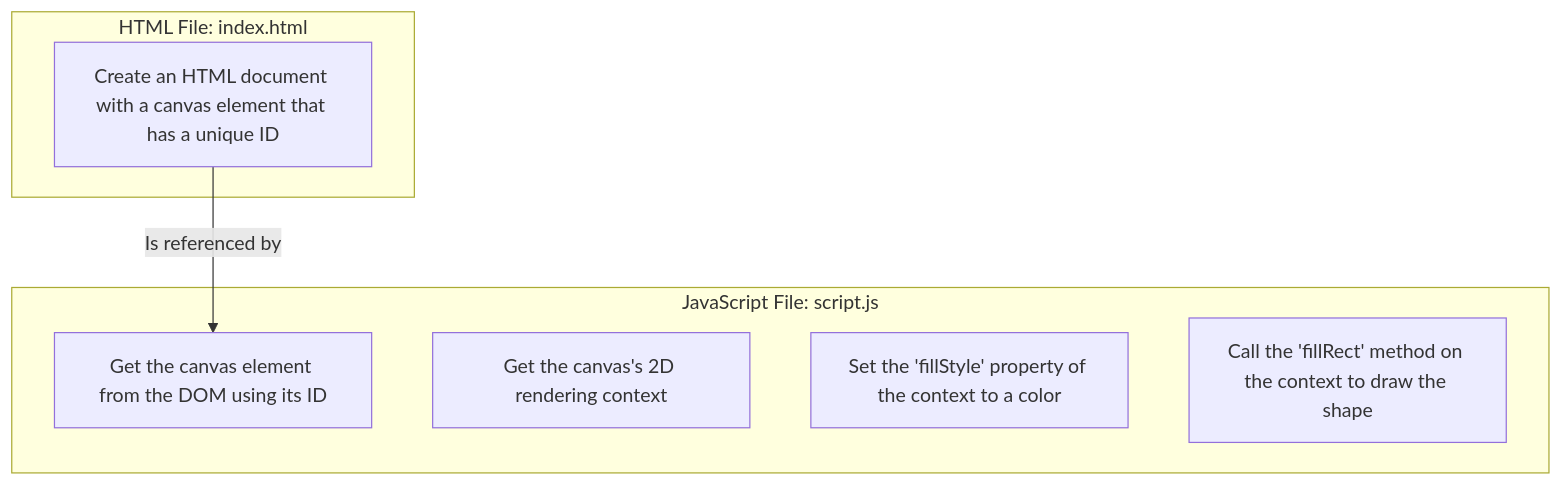
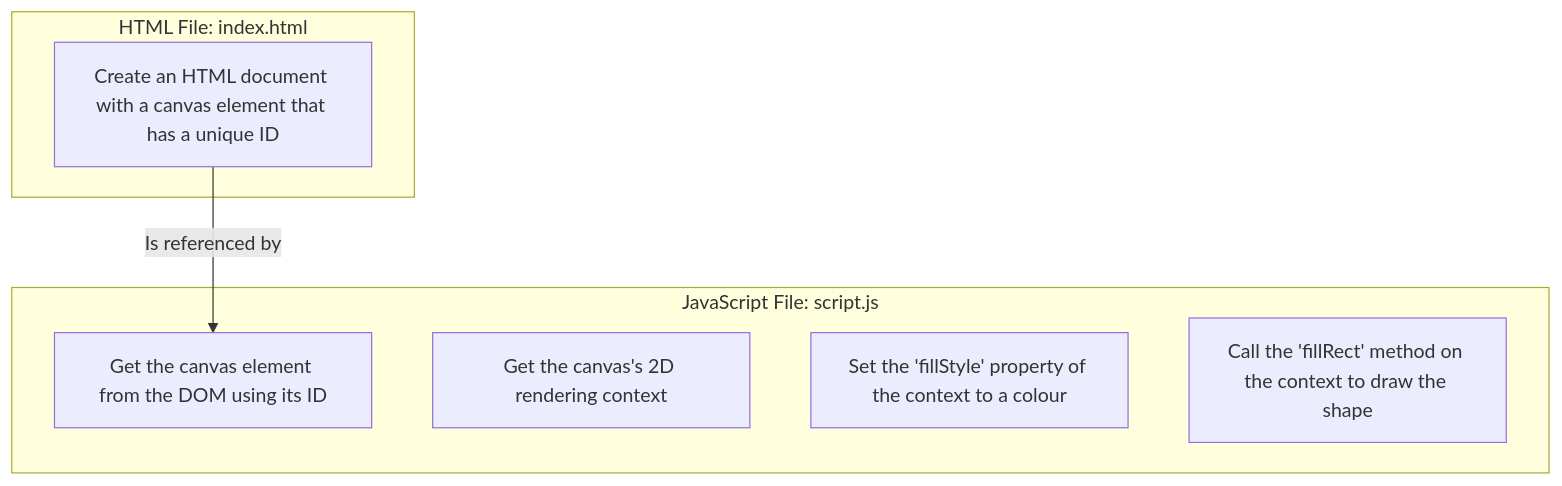
The diagram in docs/02-design-logs/rung-1-drawing-a-2d-shape.md (Tarawally/geometrica), drawn with Mermaid before and after one commit. The commit also changed other lines of this file and 1 other file, not shown here.

````diff
--- a/docs/02-design-logs/rung-1-drawing-a-2d-shape.md
+++ b/docs/02-design-logs/rung-1-drawing-a-2d-shape.md
@@ -22,15 +22,15 @@
 ```mermaid
 graph TD
     subgraph "HTML File: index.html"
         A[Create an HTML document with a canvas element that has a unique ID];
     end
 
     subgraph "JavaScript File: script.js"
         B[Get the canvas element from the DOM using its ID];
         C[Get the canvas's 2D rendering context];
-        D[Set the 'fillStyle' property of the context to a color];
+        D[Set the 'fillStyle' property of the context to a colour];
         E[Call the 'fillRect' method on the context to draw the shape];
     end
     
     A -- "Is referenced by" --> B;
 ```
````
